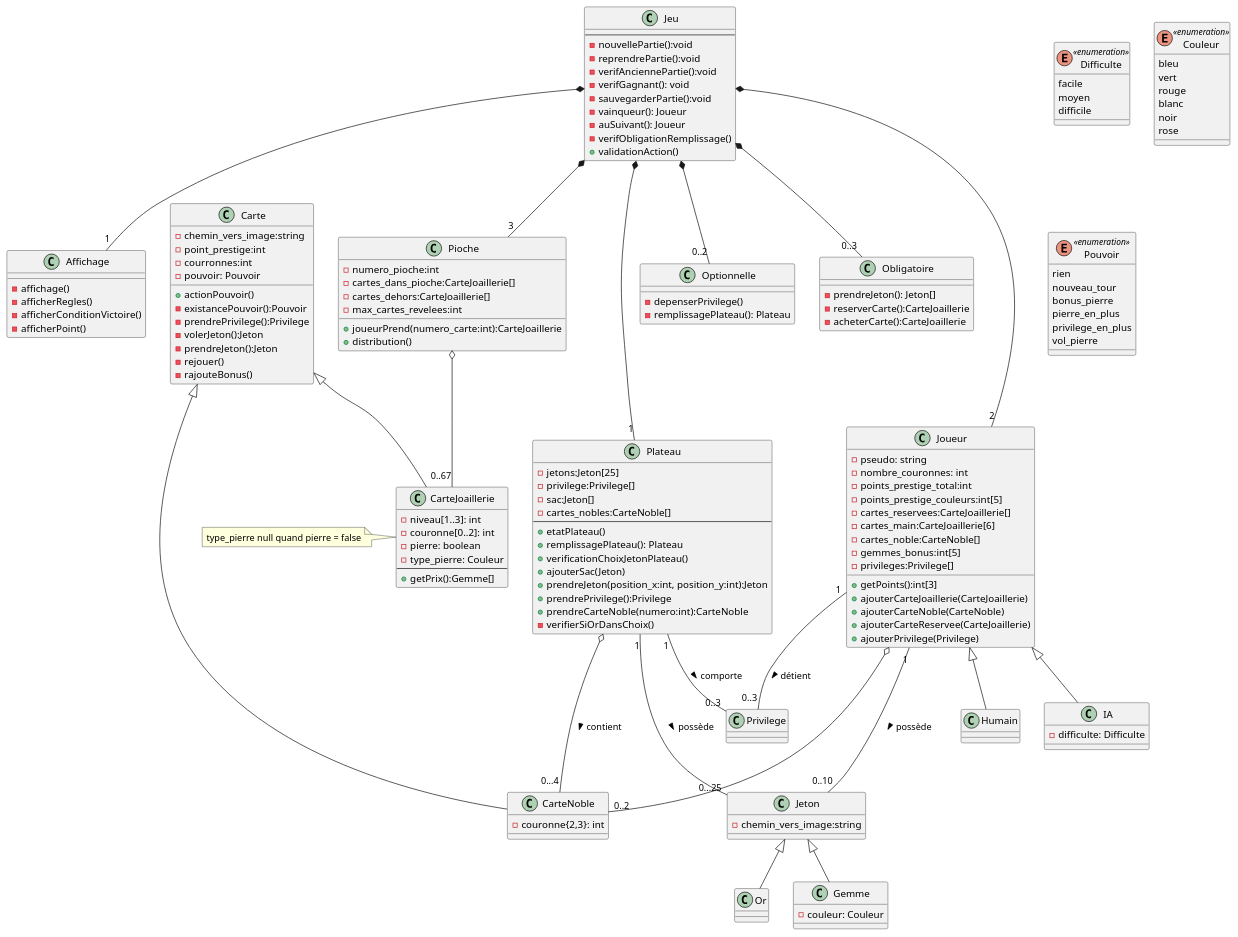
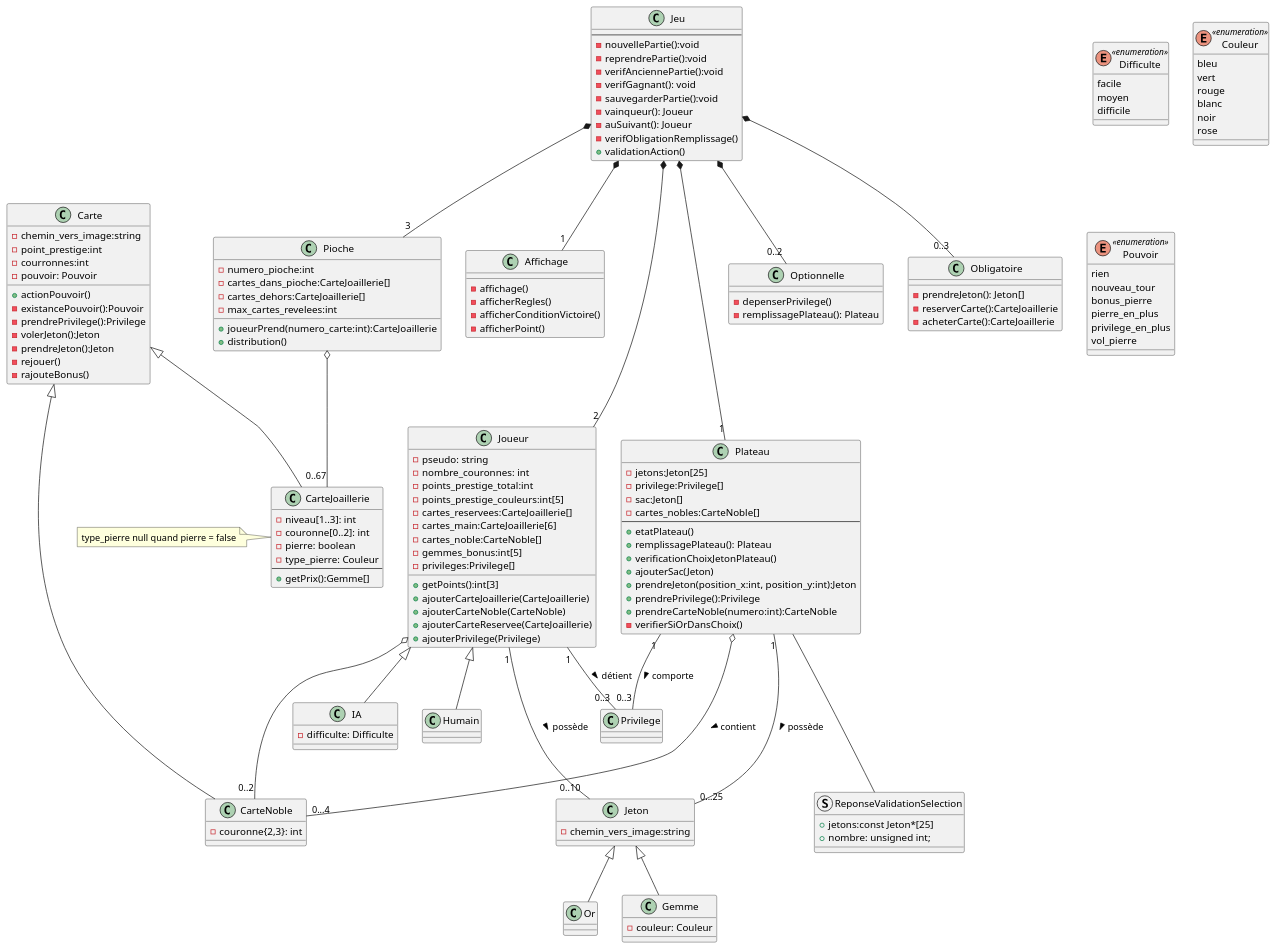
One commit to LaylaLunae/Splendor-duel changed the diagram in SplendorUML.puml. Above: the diagram before and after it, drawn with PlantUML. The commit also changed 11 other files, not shown here.

```diff
--- a/SplendorUML.puml
+++ b/SplendorUML.puml
@@ -1,181 +1,185 @@
 @startuml
 
 class Jeu {
 --
 - nouvellePartie():void
 - reprendrePartie():void
 - verifAnciennePartie():void
 - verifGagnant(): void
 - sauvegarderPartie():void
 - vainqueur(): Joueur
 - auSuivant(): Joueur
 - verifObligationRemplissage()
 + validationAction()
 }
 
-Class Affichage{
+class Affichage{
 - affichage()
 - afficherRegles()
 - afficherConditionVictoire()
 - afficherPoint()
 }
 
 
 class Plateau {
 - jetons:Jeton[25]
 - privilege:Privilege[]
 - sac:Jeton[]
 - cartes_nobles:CarteNoble[]
 --
 + etatPlateau()
 + remplissagePlateau(): Plateau
 + verificationChoixJetonPlateau()
 + ajouterSac(Jeton)
 + prendreJeton(position_x:int, position_y:int):Jeton
 + prendrePrivilege():Privilege
 + prendreCarteNoble(numero:int):CarteNoble
 - verifierSiOrDansChoix()
 }
-
+struct ReponseValidationSelection {
+    + jetons:const Jeton*[25]
+    + nombre: unsigned int;
+}
 
 
 class Joueur {
 - pseudo: string
 - nombre_couronnes: int
 - points_prestige_total:int
 - points_prestige_couleurs:int[5]
 - cartes_reservees:CarteJoaillerie[]
 - cartes_main:CarteJoaillerie[6]
 - cartes_noble:CarteNoble[]
 - gemmes_bonus:int[5]
 - privileges:Privilege[]
 + getPoints():int[3]
 + ajouterCarteJoaillerie(CarteJoaillerie)
 + ajouterCarteNoble(CarteNoble)
 + ajouterCarteReservee(CarteJoaillerie)
 + ajouterPrivilege(Privilege)
 }
 
 class IA {
 - difficulte: Difficulte
 }
 
 enum Difficulte <<enumeration>> {
  facile
  moyen
  difficile
 }
 
 class Jeton {
 - chemin_vers_image:string
 }
 class Privilege {
 }
 class Or {
 }
 class Gemme {
 -couleur: Couleur
 }
 enum Couleur <<enumeration>> {
  bleu
  vert
  rouge
  blanc
  noir
  rose
 }
 
 
 class Pioche{
 - numero_pioche:int
 - cartes_dans_pioche:CarteJoaillerie[]
 - cartes_dehors:CarteJoaillerie[]
 - max_cartes_revelees:int
 + joueurPrend(numero_carte:int):CarteJoaillerie
 + distribution()
 }
 class Carte {
 - chemin_vers_image:string
 - point_prestige:int
 - courronnes:int
 - pouvoir: Pouvoir
 + actionPouvoir()
 - existancePouvoir():Pouvoir
 - prendrePrivilege():Privilege
 - volerJeton():Jeton
 - prendreJeton():Jeton
 - rejouer()
 - rajouteBonus()
 }
 
 class CarteNoble {
 -couronne{2,3}: int
 }
 
 class CarteJoaillerie {
 -niveau[1..3]: int
 -couronne[0..2]: int
 -pierre: boolean
 -type_pierre: Couleur
 --
 + getPrix():Gemme[]
 }
 note left: type_pierre null quand pierre = false
 
 
 enum Pouvoir <<enumeration>> {
  rien
  nouveau_tour
  bonus_pierre
  pierre_en_plus
  privilege_en_plus
  vol_pierre
 }
 
 
 class Optionnelle {
 - depenserPrivilege()
 - remplissagePlateau(): Plateau
 }
 
 class Obligatoire {
 - prendreJeton(): Jeton[]
 - reserverCarte():CarteJoaillerie
 - acheterCarte():CarteJoaillerie
 }
 
 
 Joueur <|-- IA
 Joueur <|-- Humain
 
 Jeu *--- "1" Plateau
 Jeu *-- "2" Joueur
 Jeu *-- "3" Pioche
 Jeu *--"1" Affichage
 Jeu *--"0..2" Optionnelle
 Jeu *--"0..3" Obligatoire
 
 Plateau "1" --- "0...25" Jeton: possède >
 Plateau "1"--"0..3" Privilege: comporte >
 Plateau o---"0...4" CarteNoble: contient >
+Plateau --- ReponseValidationSelection
 'Plateau "1"-"3" Pioche
 
 Pioche o--"0..67" CarteJoaillerie
 
 Jeton <|-- Or
 Jeton <|-- Gemme
 
 Joueur "1" -- "0..3" Privilege: détient >
 Joueur "1" --- "0..10" Jeton: possède >
 Joueur o--"0..2" CarteNoble
 
 Carte <|-- CarteNoble
 Carte <|-- CarteJoaillerie
 '(CarteJoaillerie, Pierre) .. AchatCarte
 
 
 
 
 
 
 @enduml
```
